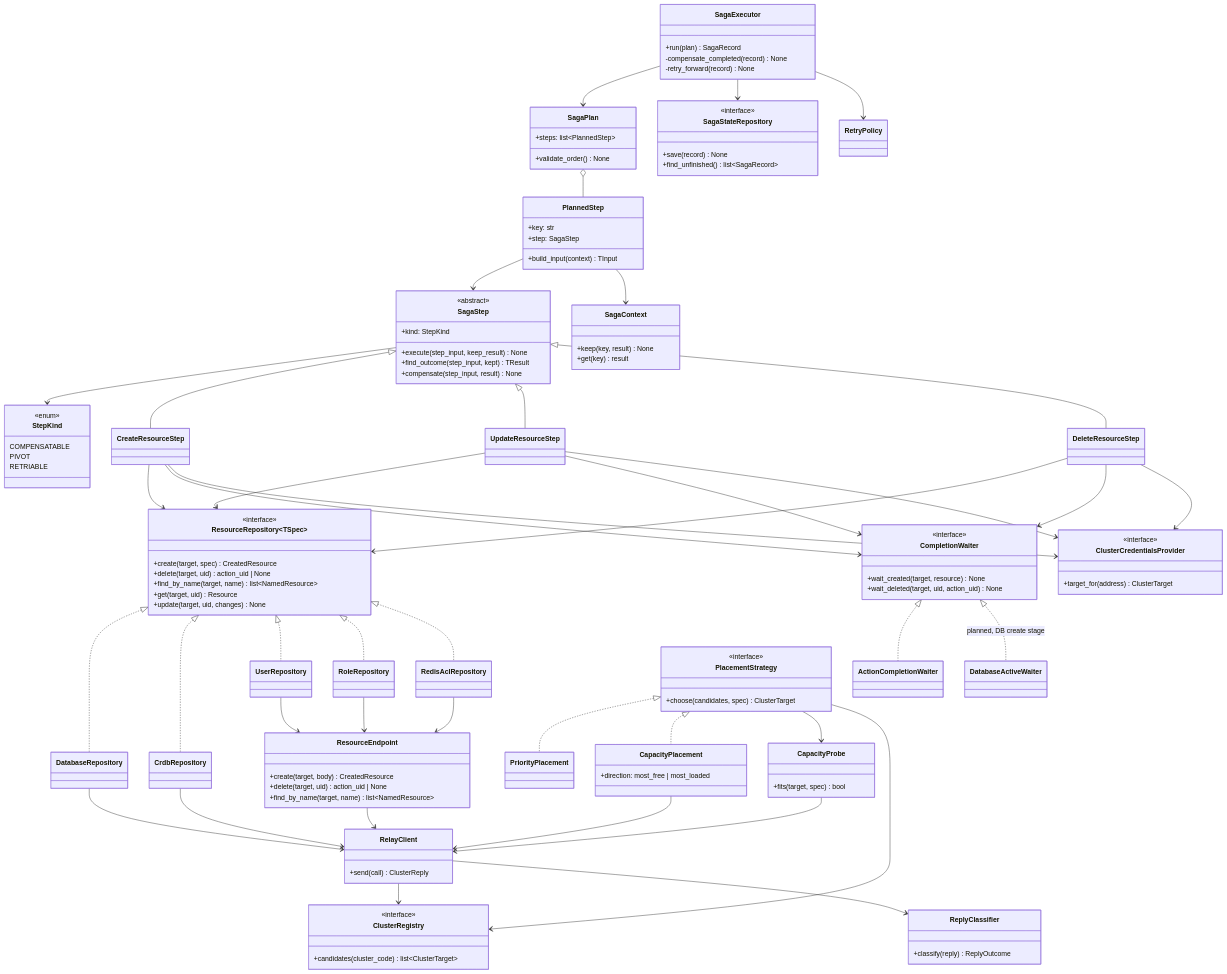
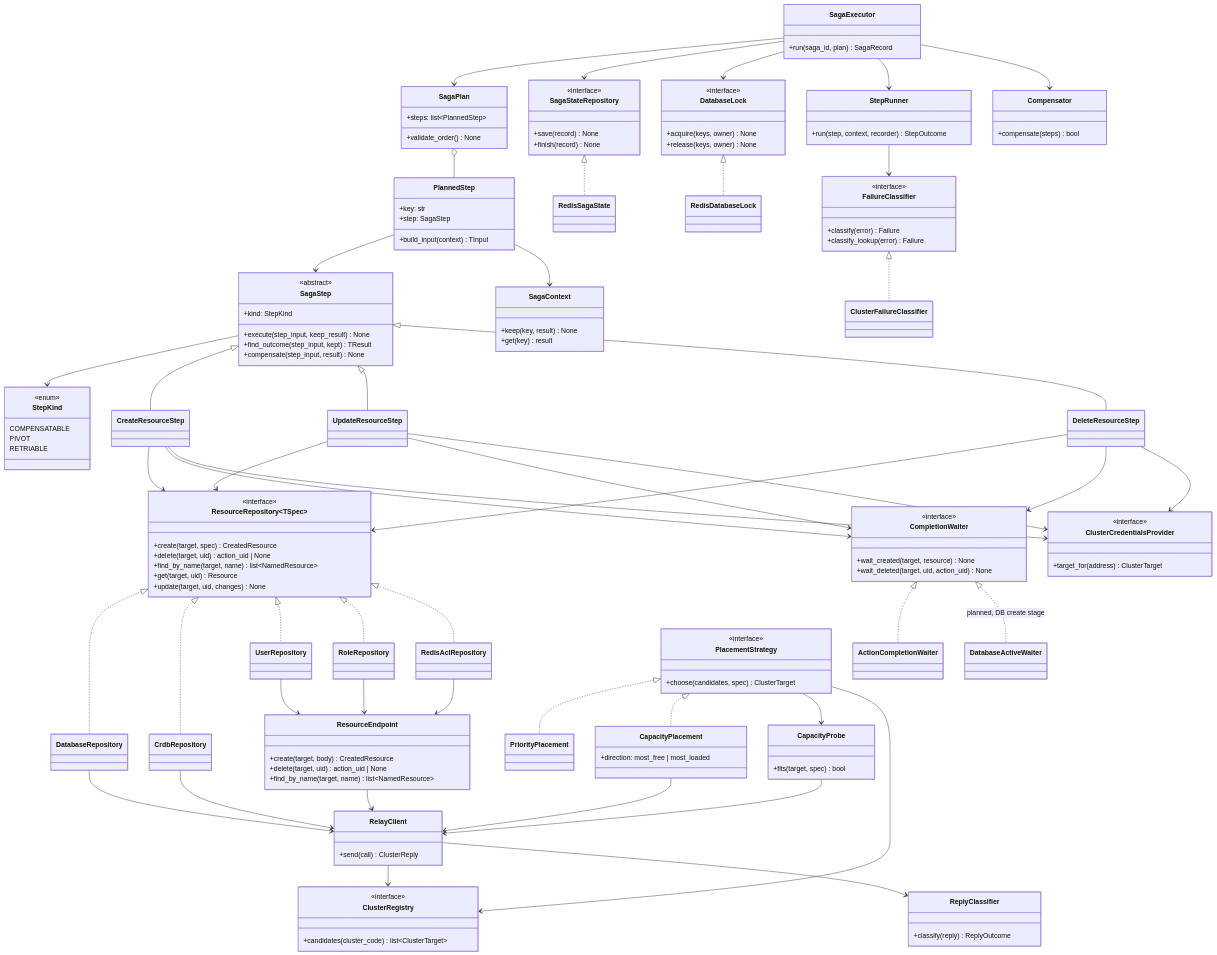
One commit to EliShteinman/redis-enterprise-services changed the second of 2 diagrams in docs/design/saga.md. Above: the diagram before and after it, drawn with Mermaid. The commit also changed 2 other files, not shown here.

Commit message:
docs: skeleton status; heartbeat not built yet; class diagram matches the engine; the end-to-end skeleton before ACL and DB

```diff
--- a/docs/design/saga.md
+++ b/docs/design/saga.md
@@ -694,16 +694,32 @@
         +target_for(address) ClusterTarget
     }
     class SagaExecutor {
-        +run(plan) SagaRecord
-        -compensate_completed(record) None
-        -retry_forward(record) None
+        +run(saga_id, plan) SagaRecord
     }
-    class RetryPolicy
+    class StepRunner {
+        +run(step, context, recorder) StepOutcome
+    }
+    class Compensator {
+        +compensate(steps) bool
+    }
+    class FailureClassifier {
+        <<interface>>
+        +classify(error) Failure
+        +classify_lookup(error) Failure
+    }
+    class ClusterFailureClassifier
     class SagaStateRepository {
         <<interface>>
         +save(record) None
-        +find_unfinished() list~SagaRecord~
+        +finish(record) None
     }
+    class DatabaseLock {
+        <<interface>>
+        +acquire(keys, owner) None
+        +release(keys, owner) None
+    }
+    class RedisSagaState
+    class RedisDatabaseLock
 
     class CreateResourceStep
     class UpdateResourceStep
@@ -759,7 +775,13 @@
 
     SagaExecutor --> SagaPlan
     SagaExecutor --> SagaStateRepository
-    SagaExecutor --> RetryPolicy
+    SagaExecutor --> DatabaseLock
+    SagaExecutor --> StepRunner
+    SagaExecutor --> Compensator
+    StepRunner --> FailureClassifier
+    FailureClassifier <|.. ClusterFailureClassifier
+    SagaStateRepository <|.. RedisSagaState
+    DatabaseLock <|.. RedisDatabaseLock
     SagaPlan o-- PlannedStep
     PlannedStep --> SagaStep
     PlannedStep --> SagaContext
```
